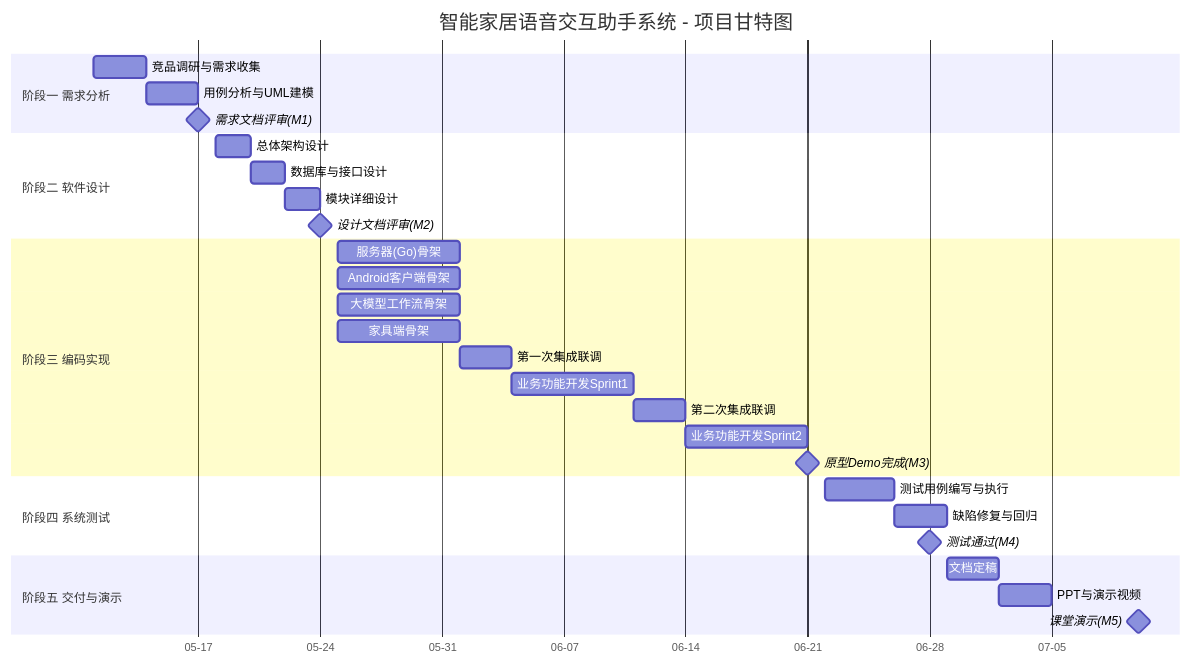
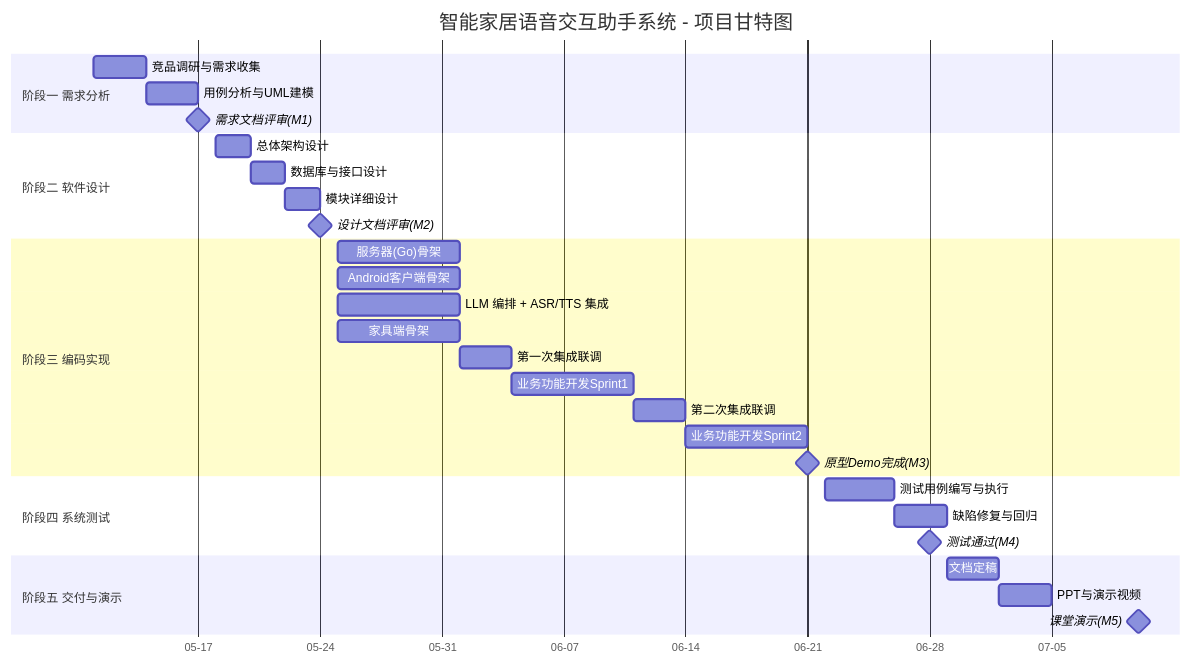
Before and after one commit to Yoruko666/Taffy-Assistant: the diagram in docs/01-项目策划文档.md, drawn with Mermaid. The commit also changed other lines of this file and 3 other files, not shown here.

````diff
--- a/docs/01-项目策划文档.md
+++ b/docs/01-项目策划文档.md
@@ -142,38 +142,38 @@
 ```mermaid
 gantt
     title 智能家居语音交互助手系统 - 项目甘特图
     dateFormat  YYYY-MM-DD
     axisFormat  %m-%d
 
     section 阶段一 需求分析
     竞品调研与需求收集       :a1, 2026-05-11, 3d
     用例分析与UML建模        :a2, after a1, 3d
     需求文档评审(M1)        :milestone, m1, 2026-05-17, 0d
 
     section 阶段二 软件设计
     总体架构设计           :b1, 2026-05-18, 2d
     数据库与接口设计        :b2, after b1, 2d
     模块详细设计           :b3, after b2, 2d
     设计文档评审(M2)       :milestone, m2, 2026-05-24, 0d
 
     section 阶段三 编码实现
     服务器(Go)骨架         :c1, 2026-05-25, 7d
     Android客户端骨架      :c2, 2026-05-25, 7d
-    大模型工作流骨架        :c3, 2026-05-25, 7d
+    LLM 编排 + ASR/TTS 集成   :c3, 2026-05-25, 7d
     家具端骨架            :c4, 2026-05-25, 7d
     第一次集成联调          :c5, 2026-06-01, 3d
     业务功能开发Sprint1    :c6, 2026-06-04, 7d
     第二次集成联调          :c7, 2026-06-11, 3d
     业务功能开发Sprint2    :c8, 2026-06-14, 7d
     原型Demo完成(M3)      :milestone, m3, 2026-06-21, 0d
 
     section 阶段四 系统测试
     测试用例编写与执行       :d1, 2026-06-22, 4d
     缺陷修复与回归          :d2, after d1, 3d
     测试通过(M4)          :milestone, m4, 2026-06-28, 0d
 
     section 阶段五 交付与演示
     文档定稿               :e1, 2026-06-29, 3d
     PPT与演示视频           :e2, 2026-07-02, 3d
     课堂演示(M5)           :milestone, m5, 2026-07-10, 0d
 ```
````
